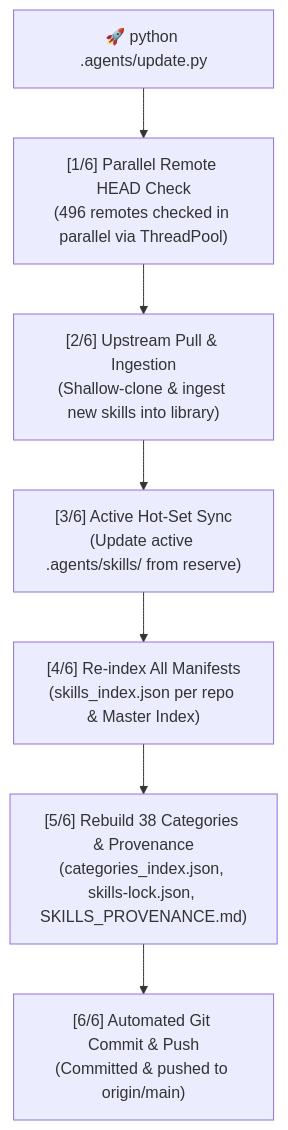
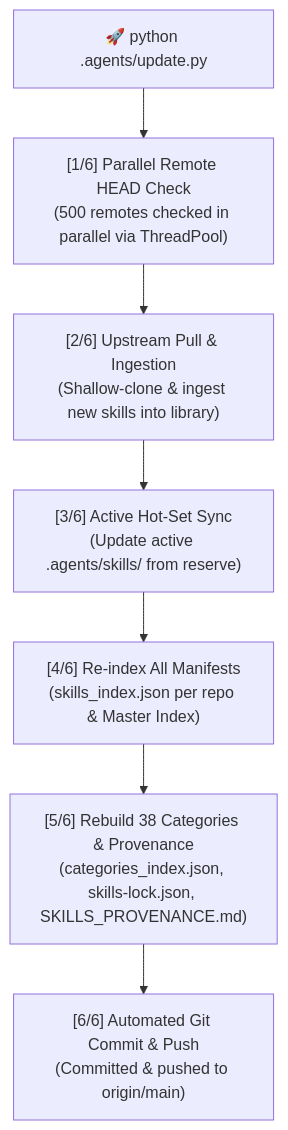
Before and after one commit to SeaXen/agentskills: the diagram in README.md, drawn with Mermaid. The commit also changed other lines of this file and 4848 other files, not shown here.

````diff
--- a/README.md
+++ b/README.md
@@ -155,9 +155,9 @@
 ```mermaid
 flowchart TD
-    A["🚀 python .agents/update.py"] --> B["[1/6] Parallel Remote HEAD Check<br/>(496 remotes checked in parallel via ThreadPool)"]
+    A["🚀 python .agents/update.py"] --> B["[1/6] Parallel Remote HEAD Check<br/>(500 remotes checked in parallel via ThreadPool)"]
     B --> C["[2/6] Upstream Pull & Ingestion<br/>(Shallow-clone & ingest new skills into library)"]
     C --> D["[3/6] Active Hot-Set Sync<br/>(Update active .agents/skills/ from reserve)"]
     D --> E["[4/6] Re-index All Manifests<br/>(skills_index.json per repo & Master Index)"]
     E --> F["[5/6] Rebuild 38 Categories & Provenance<br/>(categories_index.json, skills-lock.json, SKILLS_PROVENANCE.md)"]
     F --> G["[6/6] Automated Git Commit & Push<br/>(Committed & pushed to origin/main)"]
 ```
````
